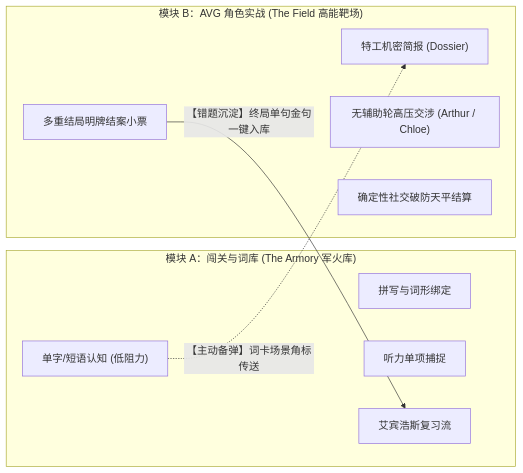
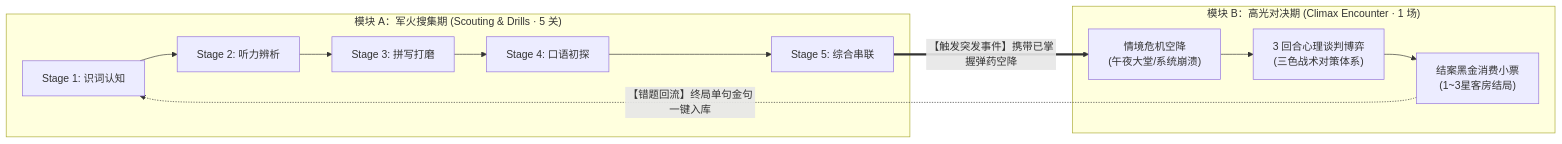
One commit to CCSU-HorizonLab/enPromote changed the first of 2 diagrams in docs/modules/avg-dual-module-architecture.md. Above: the diagram before and after it, drawn with Mermaid. The commit also changed other lines of this file, not shown here.

````diff
--- a/docs/modules/avg-dual-module-architecture.md
+++ b/docs/modules/avg-dual-module-architecture.md
@@ -17,19 +13,19 @@
 ```mermaid
 flowchart LR
-    subgraph EngineA ["模块 A：闯关与词库 (The Armory 军火库)"]
-        A1["单字/短语认知 (低阻力)"]
-        A2["拼写与词形绑定"]
-        A3["听力单项捕捉"]
-        A4["艾宾浩斯复习流"]
+    subgraph ModuleA ["模块 A：军火搜集期 (Scouting & Drills · 5 关)"]
+        A1["Stage 1: 识词认知"] --> A2["Stage 2: 听力辨析"]
+        A2 --> A3["Stage 3: 拼写打磨"]
+        A3 --> A4["Stage 4: 口语初探"]
+        A4 --> A5["Stage 5: 综合串联"]
     end
 
-    subgraph EngineB ["模块 B：AVG 角色实战 (The Field 高能靶场)"]
-        B1["特工机密简报 (Dossier)"]
-        B2["无辅助轮高压交涉 (Arthur / Chloe)"]
-        B3["确定性社交破防天平结算"]
-        B4["多重结局明牌结案小票"]
+    subgraph ModuleB ["模块 B：高光对决期 (Climax Encounter · 1 场)"]
+        B1["情境危机空降<br/>(午夜大堂/系统崩溃)"]
+        B2["3 回合心理谈判博弈<br/>(三色战术对策体系)"]
+        B3["结案黑金消费小票<br/>(1~3星客房结局)"]
+        B1 --> B2 --> B3
     end
 
-    A1 -. "【主动备弹】词卡场景角标传送" .-> B1
-    B4 -- "【错题沉淀】终局单句金句一键入库" --> A4
+    A5 == "【触发突发事件】携带已掌握弹药空降" ==> B1
+    B3 -. "【错题回流】终局单句金句一键入库" .-> A1
 ```
````
